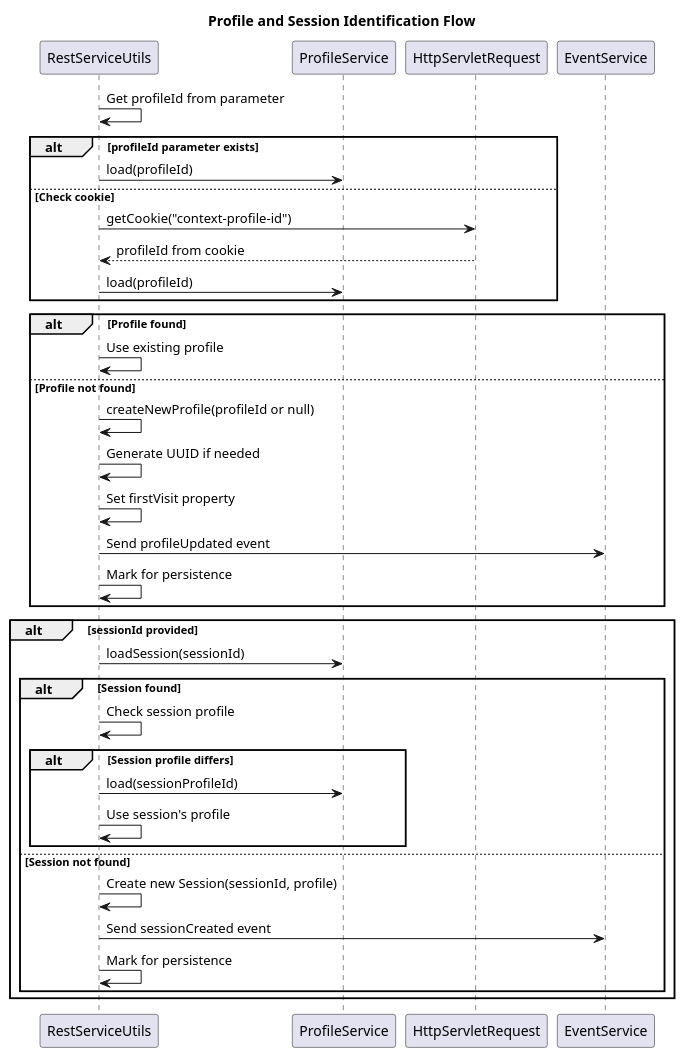
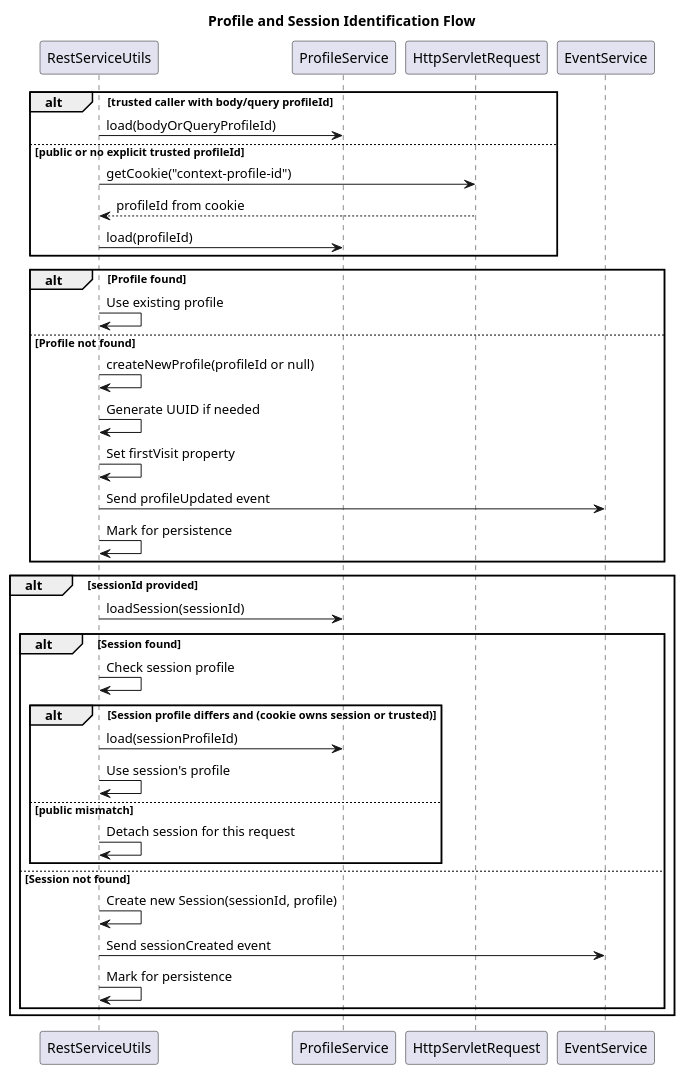
One commit to apache/unomi changed the third of 6 diagrams in manual/src/main/asciidoc/how-profile-tracking-works.adoc. Above: the diagram before and after it, drawn with PlantUML. The commit also changed other lines of this file and 22 other files, not shown here.

Commit message:
UNOMI-975: Bind a public context request to the profile its own cookie names (#851)

```diff
--- a/manual/src/main/asciidoc/how-profile-tracking-works.adoc
+++ b/manual/src/main/asciidoc/how-profile-tracking-works.adoc
@@ -349,41 +366,42 @@
 [plantuml]
 ----
 @startuml
 title Profile and Session Identification Flow
 
-RestServiceUtils -> RestServiceUtils: Get profileId from parameter
-alt profileId parameter exists
-    RestServiceUtils -> ProfileService: load(profileId)
-else Check cookie
+alt trusted caller with body/query profileId
+    RestServiceUtils -> ProfileService: load(bodyOrQueryProfileId)
+else public or no explicit trusted profileId
     RestServiceUtils -> HttpServletRequest: getCookie("context-profile-id")
     HttpServletRequest --> RestServiceUtils: profileId from cookie
     RestServiceUtils -> ProfileService: load(profileId)
 end
 
 alt Profile found
     RestServiceUtils -> RestServiceUtils: Use existing profile
 else Profile not found
     RestServiceUtils -> RestServiceUtils: createNewProfile(profileId or null)
     RestServiceUtils -> RestServiceUtils: Generate UUID if needed
     RestServiceUtils -> RestServiceUtils: Set firstVisit property
     RestServiceUtils -> EventService: Send profileUpdated event
     RestServiceUtils -> RestServiceUtils: Mark for persistence
 end
 
 alt sessionId provided
     RestServiceUtils -> ProfileService: loadSession(sessionId)
     alt Session found
         RestServiceUtils -> RestServiceUtils: Check session profile
-        alt Session profile differs
+        alt Session profile differs and (cookie owns session or trusted)
             RestServiceUtils -> ProfileService: load(sessionProfileId)
             RestServiceUtils -> RestServiceUtils: Use session's profile
+        else public mismatch
+            RestServiceUtils -> RestServiceUtils: Detach session for this request
         end
     else Session not found
         RestServiceUtils -> RestServiceUtils: Create new Session(sessionId, profile)
         RestServiceUtils -> EventService: Send sessionCreated event
         RestServiceUtils -> RestServiceUtils: Mark for persistence
     end
 end
 
 @enduml
 ----
```
